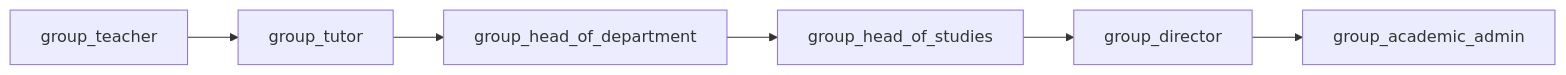
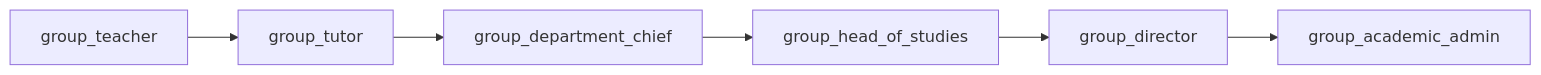
One commit to ElPuig/EMS changed the first of 2 diagrams in docs/en/developers/employees/role_hierarchy.md. Above: the diagram before and after it, drawn with Mermaid. The commit also changed other lines of this file and 32 other files, not shown here.

````diff
--- a/docs/en/developers/employees/role_hierarchy.md
+++ b/docs/en/developers/employees/role_hierarchy.md
@@ -7,8 +7,8 @@
 ```mermaid
 graph LR
     T["group_teacher"] --> TU["group_tutor"]
-    TU --> HD["group_head_of_department"]
+    TU --> HD["group_department_chief"]
     HD --> HS["group_head_of_studies"]
     HS --> D["group_director"]
     D --> A["group_academic_admin"]
 ```
````
